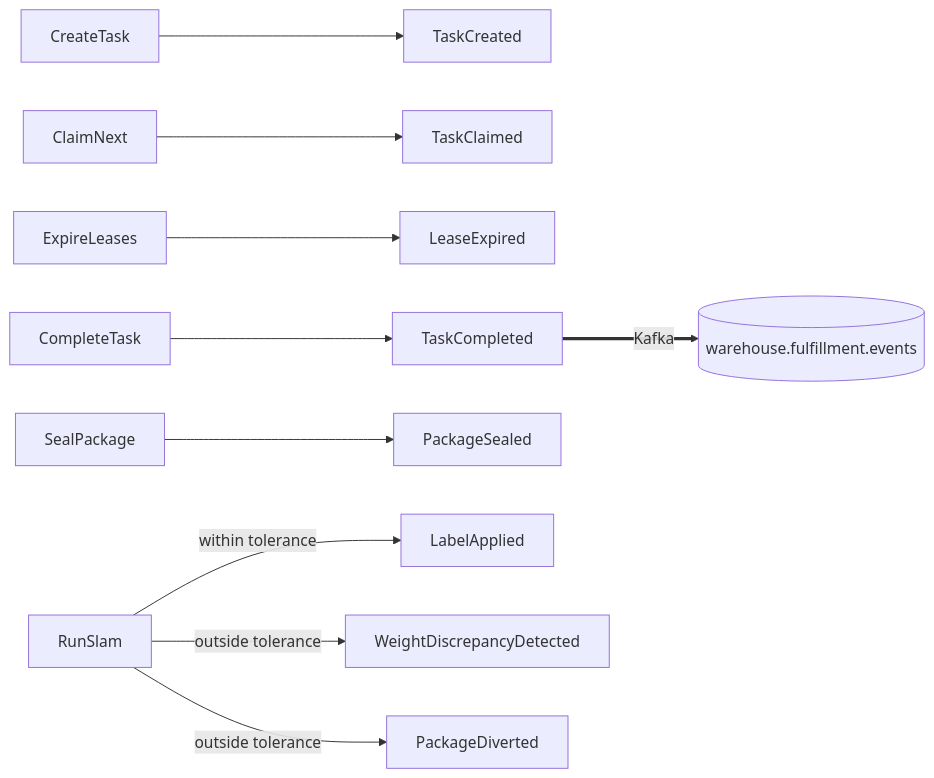
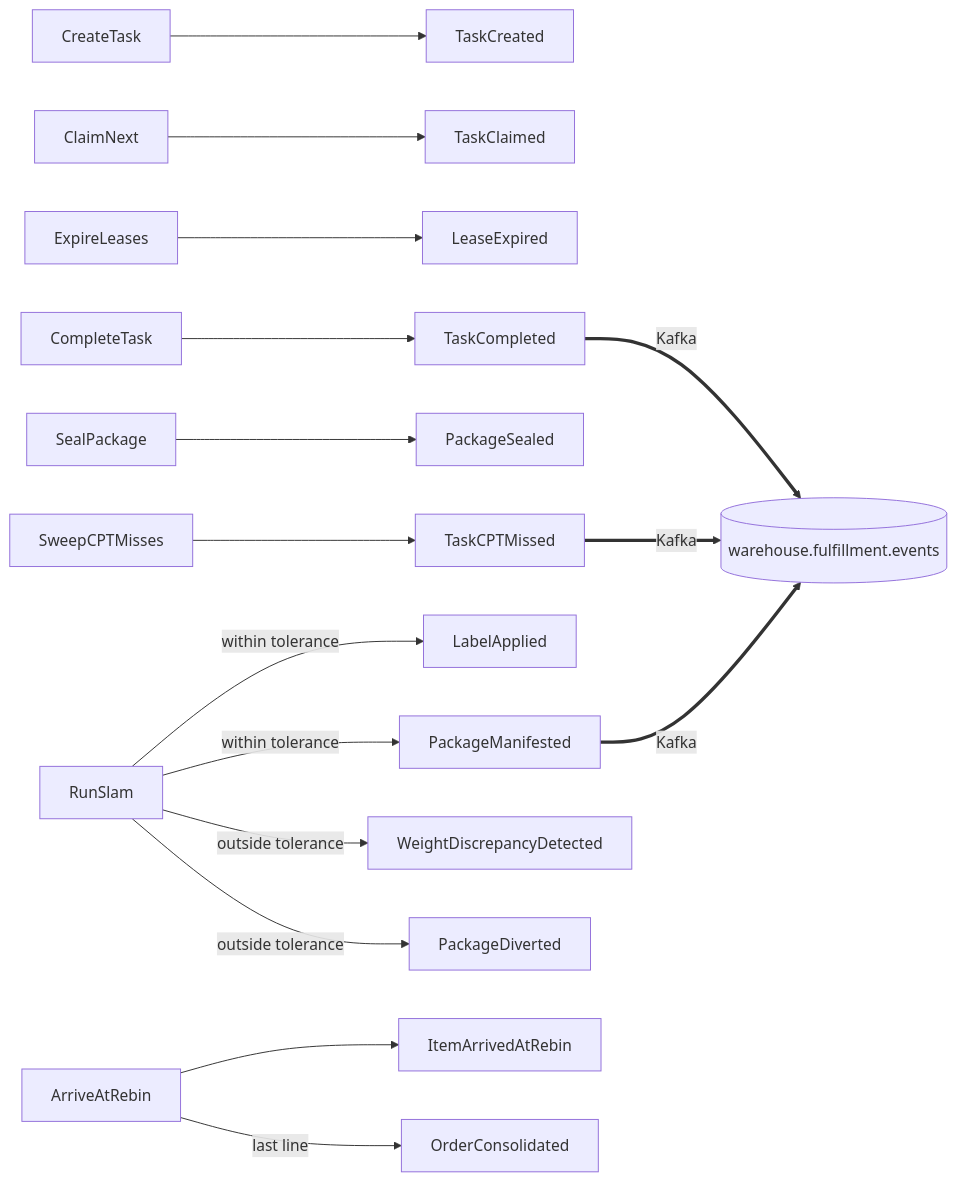
One commit to claudioed/fulfillment-execution changed the diagram in docs/docs/ddd/domain-events.md. Above: the diagram before and after it, drawn with Mermaid. The commit also changed other lines of this file and 24 other files, not shown here.

````diff
--- a/docs/docs/ddd/domain-events.md
+++ b/docs/docs/ddd/domain-events.md
@@ -55,12 +61,18 @@
 ```mermaid
 flowchart LR
     CT["CreateTask"] --> TC["TaskCreated"]
     CN["ClaimNext"] --> TCL["TaskClaimed"]
     EL["ExpireLeases"] --> LE["LeaseExpired"]
     CMP["CompleteTask"] --> TCP["TaskCompleted"]
     SP["SealPackage"] --> PS["PackageSealed"]
     RS["RunSlam"] -->|within tolerance| LA["LabelApplied"]
+    RS -->|within tolerance| PM["PackageManifested"]
     RS -->|outside tolerance| WD["WeightDiscrepancyDetected"]
     RS -->|outside tolerance| PD["PackageDiverted"]
+    SW["SweepCPTMisses"] --> CM["TaskCPTMissed"]
+    AR["ArriveAtRebin"] --> IA["ItemArrivedAtRebin"]
+    AR -->|last line| OC["OrderConsolidated"]
     TCP ==>|Kafka| K[("warehouse.fulfillment.events")]
+    CM ==>|Kafka| K
+    PM ==>|Kafka| K
 ```
````
